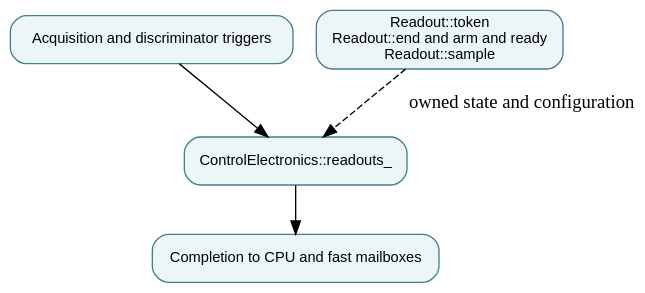
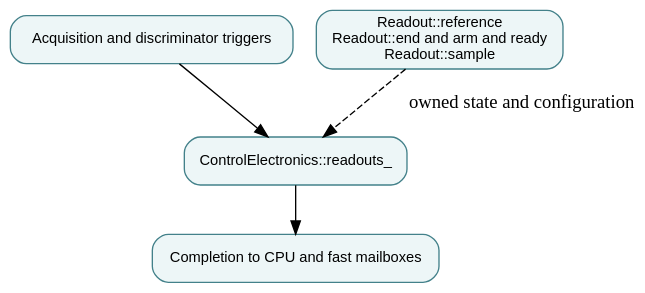
The diagram in docs/modules/acquisition-and-discrimination.md (qsbit-org/qsbit-sim), drawn with Graphviz before and after one commit. The commit also changed other lines of this file and 92 other files, not shown here.

````diff
--- a/docs/modules/acquisition-and-discrimination.md
+++ b/docs/modules/acquisition-and-discrimination.md
@@ -15,11 +15,11 @@
 ```{graphviz}
 digraph module {
   rankdir=TB; bgcolor="transparent";
   node [shape=box, style="rounded,filled", fillcolor="#edf6f7", color="#43818a", fontname="sans-serif", fontsize=11];
   input [label="Acquisition and discriminator triggers"];
   owner [label="ControlElectronics::readouts_"];
-  state [label="Readout::token\nReadout::end and arm and ready\nReadout::sample"];
+  state [label="Readout::reference\nReadout::end and arm and ready\nReadout::sample"];
   output [label="Completion to CPU and fast mailboxes"];
   input -> owner; owner -> output; state -> owner [style=dashed, label="owned state and configuration"];
 }
 ```
````
